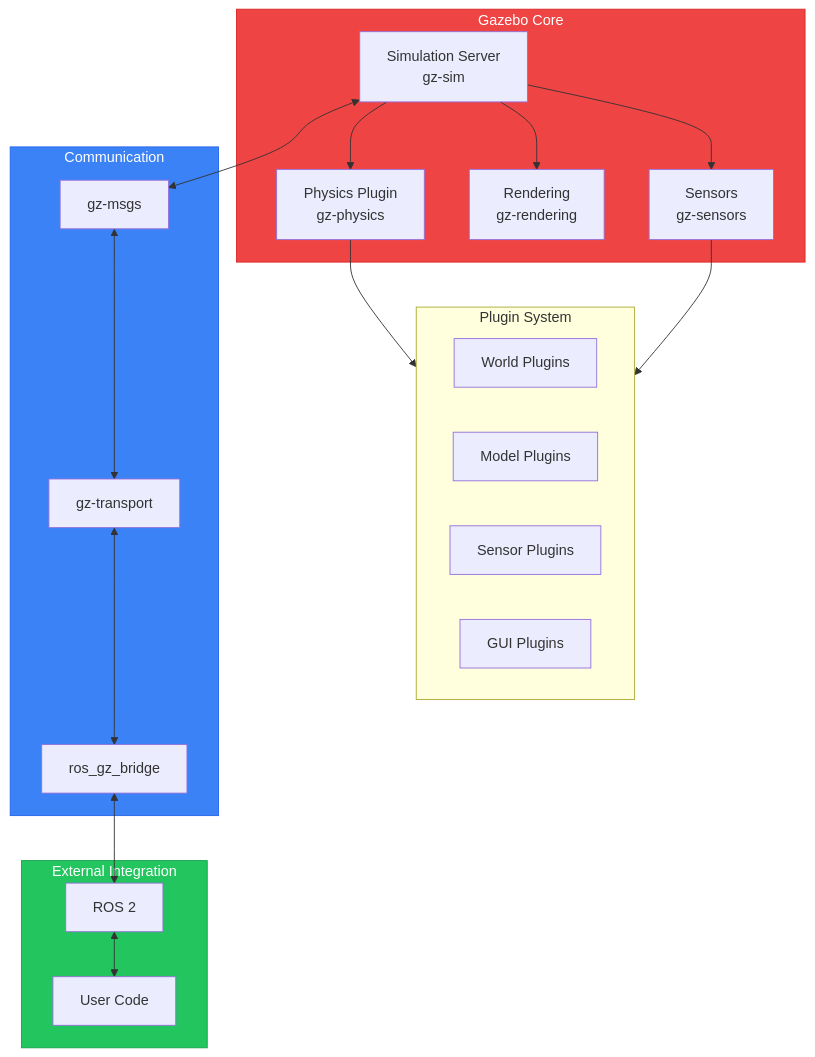
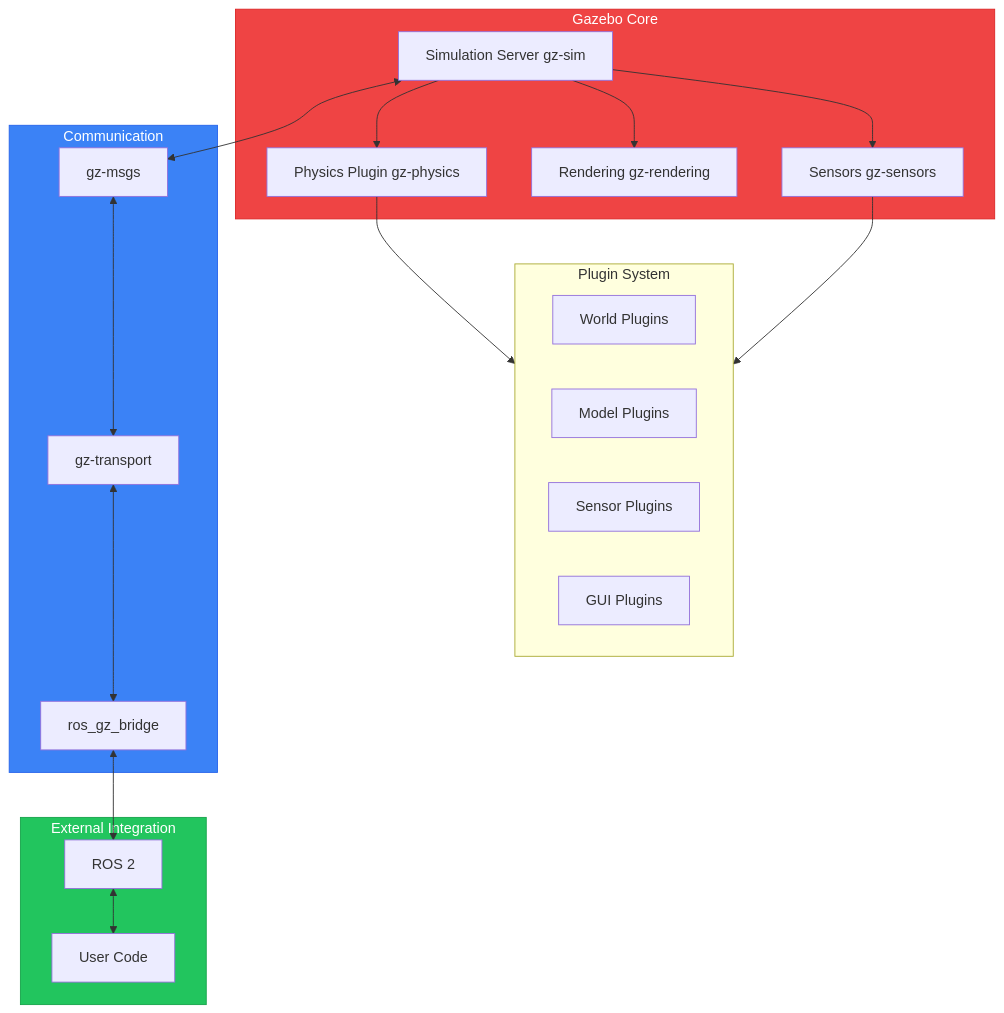
One commit to shakir-hussain1/physical-AI-and-humanoid-robotics-textbook-by-shakir-hussain changed the first of 5 diagrams in docs/modules/module-2-digital-twin/chapter-06-gazebo.md. Above: the diagram before and after it, drawn with Mermaid. The commit also changed other lines of this file and 17 other files, not shown here.

Commit message:
fix: Remove br tags from Mermaid diagrams causing parse errors

````diff
--- a/docs/modules/module-2-digital-twin/chapter-06-gazebo.md
+++ b/docs/modules/module-2-digital-twin/chapter-06-gazebo.md
@@ -33,43 +33,43 @@
 ```mermaid
 flowchart TD
     subgraph Core["Gazebo Core"]
-        SIM[Simulation Server<br/>gz-sim]
-        PHYS[Physics Plugin<br/>gz-physics]
-        RENDER[Rendering<br/>gz-rendering]
-        SENS[Sensors<br/>gz-sensors]
+        SIM[Simulation Server gz-sim]
+        PHYS[Physics Plugin gz-physics]
+        RENDER[Rendering gz-rendering]
+        SENS[Sensors gz-sensors]
     end
 
     subgraph Plugins["Plugin System"]
         WORLD[World Plugins]
         MODEL[Model Plugins]
         SENSOR[Sensor Plugins]
         GUI[GUI Plugins]
     end
 
     subgraph Transport["Communication"]
         GZ_MSG[gz-msgs]
         GZ_TRANS[gz-transport]
         ROS_BRIDGE[ros_gz_bridge]
     end
 
     subgraph External["External Integration"]
         ROS2[ROS 2]
         USER[User Code]
     end
 
     SIM --> PHYS
     SIM --> RENDER
     SIM --> SENS
     PHYS --> Plugins
     SENS --> Plugins
 
     SIM <--> GZ_MSG
     GZ_MSG <--> GZ_TRANS
     GZ_TRANS <--> ROS_BRIDGE
     ROS_BRIDGE <--> ROS2
     ROS2 <--> USER
 
     style Core fill:#ef4444,stroke:#dc2626,color:#fff
     style Transport fill:#3b82f6,stroke:#2563eb,color:#fff
     style External fill:#22c55e,stroke:#16a34a,color:#fff
 ```
````
